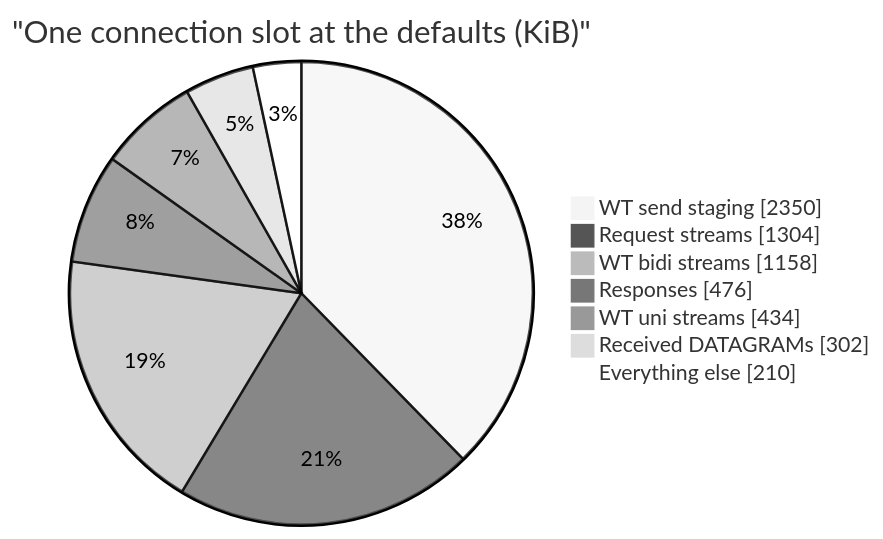
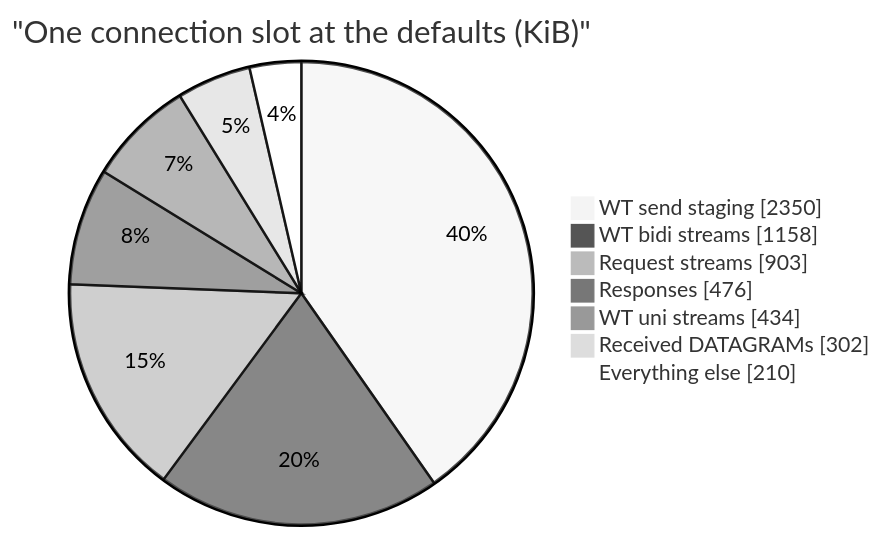
The second of 9 diagrams in docs/arch/memory.md (Hakkadaikon/wired), drawn with Mermaid (neutral theme) before and after one commit. The commit also changed other lines of this file and 17 other files, not shown here.

````diff
--- a/docs/arch/memory.md
+++ b/docs/arch/memory.md
@@ -67,11 +73,11 @@
 ```mermaid
 pie showData
     title "One connection slot at the defaults (KiB)"
     "WT send staging" : 2350
-    "Request streams" : 1304
     "WT bidi streams" : 1158
+    "Request streams" : 903
     "Responses" : 476
     "WT uni streams" : 434
     "Received DATAGRAMs" : 302
     "Everything else" : 210
 ```
````
